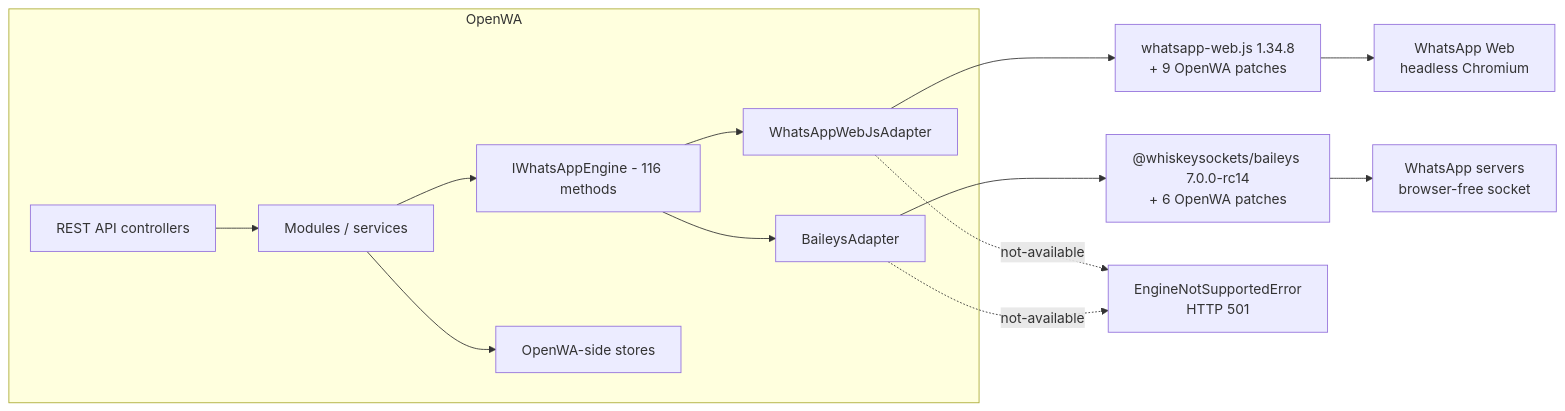
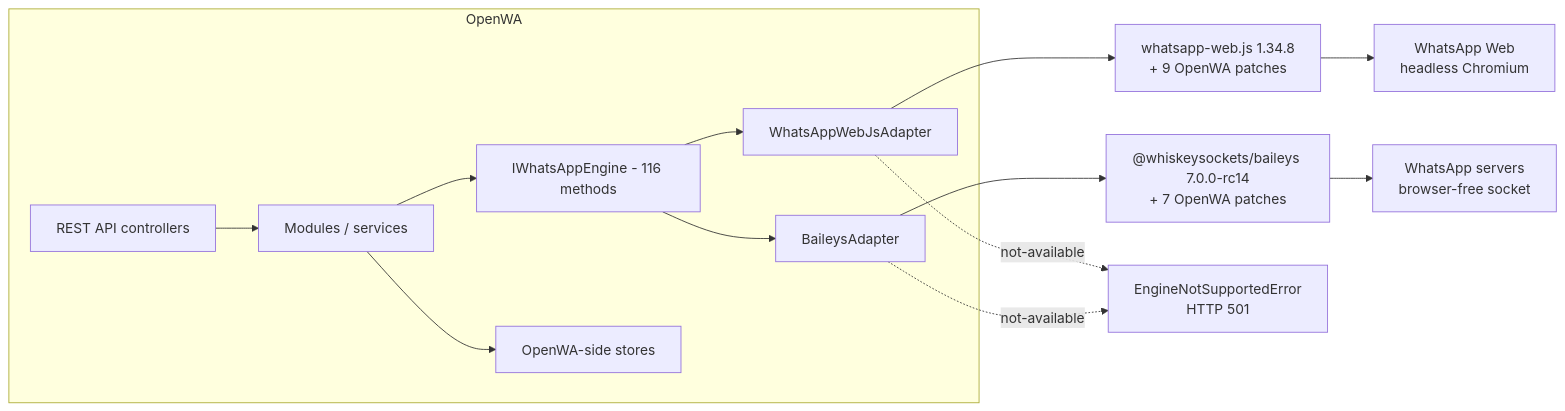
The first of 2 diagrams in docs/29-engine-capability-matrix.md (rmyndharis/OpenWA), drawn with Mermaid before and after one commit. The commit also changed other lines of this file and 12 other files, not shown here.

````diff
--- a/docs/29-engine-capability-matrix.md
+++ b/docs/29-engine-capability-matrix.md
@@ -47,16 +47,16 @@
 ```mermaid
 flowchart LR
     subgraph OpenWA["OpenWA"]
         API["REST API controllers"] --> SVC["Modules / services"]
         SVC --> IF["IWhatsAppEngine - 116 methods"]
         IF --> WA["WhatsAppWebJsAdapter"]
         IF --> BA["BaileysAdapter"]
         SVC --> STORE["OpenWA-side stores"]
     end
     WA --> WLIB["whatsapp-web.js 1.34.8<br/>+ 9 OpenWA patches"]
-    BA --> BLIB["@whiskeysockets/baileys 7.0.0-rc14<br/>+ 6 OpenWA patches"]
+    BA --> BLIB["@whiskeysockets/baileys 7.0.0-rc14<br/>+ 7 OpenWA patches"]
     WLIB --> WEB["WhatsApp Web<br/>headless Chromium"]
     BLIB --> WAS["WhatsApp servers<br/>browser-free socket"]
     WA -.->|"not-available"| E["EngineNotSupportedError<br/>HTTP 501"]
     BA -.->|"not-available"| E
 ```
````
